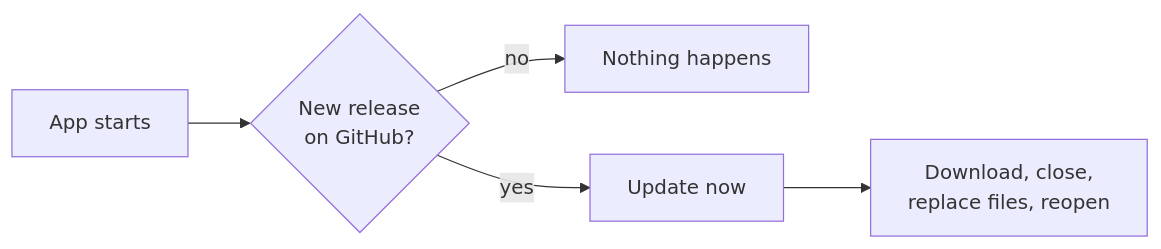
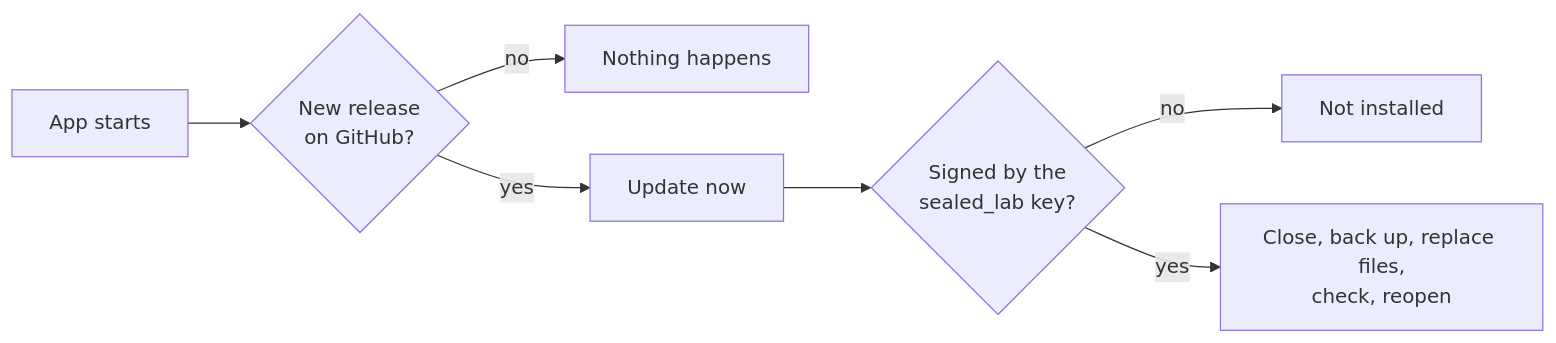
One commit to DuckPato/sealed_lab changed the second of 2 diagrams in README.md. Above: the diagram before and after it, drawn with Mermaid. The commit also changed other lines of this file and 29 other files, not shown here.

Commit message:
0.1.3: signed updates (Ed25519 manifest checked before install), anonymous update checks, pinned and checked uv bootstrap, updates roll back on failure, hardened release workflow

````diff
--- a/README.md
+++ b/README.md
@@ -46,6 +46,8 @@
 ```mermaid
 flowchart LR
     A[App starts] --> B{New release<br/>on GitHub?}
     B -- no --> C[Nothing happens]
-    B -- yes --> D[Update now] --> E["Download, close,<br/>replace files, reopen"]
+    B -- yes --> D[Update now] --> F{"Signed by the<br/>sealed_lab key?"}
+    F -- no --> G[Not installed]
+    F -- yes --> E["Close, back up, replace files,<br/>check, reopen"]
 ```
````
